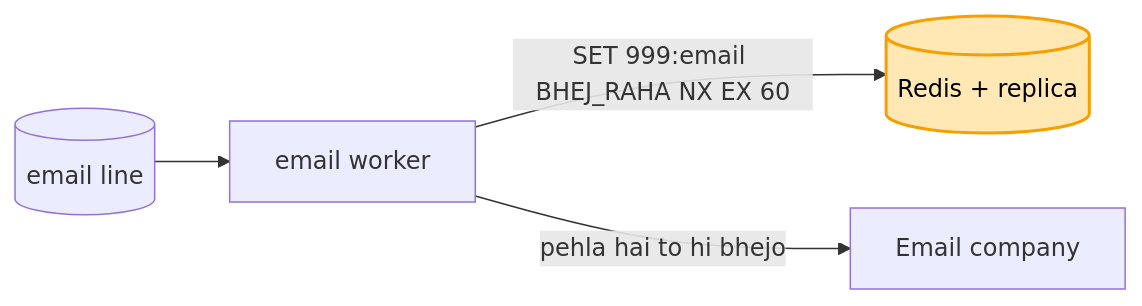
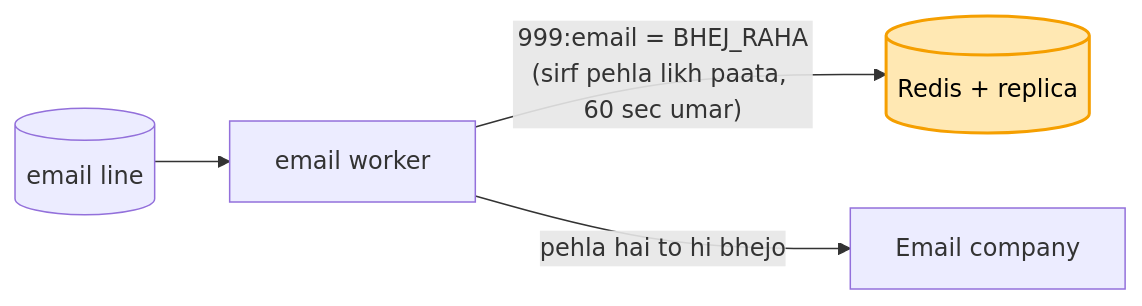
The fourth of 11 diagrams in 04_HLD/SYSTEM_DESIGNS/04_notification_system/04_notification_system.md (ArpanMaheshwari144/Prep), drawn with Mermaid before and after one commit. The commit also changed other lines of this file and 1 other file, not shown here.

Commit message:
notification: kadam me Redis command hata ke seedhi bhasha; command sirf Pooche to me (notification + cache)

````diff
--- a/04_HLD/SYSTEM_DESIGNS/04_notification_system/04_notification_system.md
+++ b/04_HLD/SYSTEM_DESIGNS/04_notification_system/04_notification_system.md
@@ -139,7 +140,7 @@
 ```mermaid
 flowchart LR
     LE[("email line")] --> WE["email worker"]
-    WE -- "SET 999:email BHEJ_RAHA NX EX 60" --> R[("Redis + replica")]
+    WE -- "999:email = BHEJ_RAHA<br/>(sirf pehla likh paata, 60 sec umar)" --> R[("Redis + replica")]
     WE -- "pehla hai to hi bhejo" --> C["Email company"]
     style R fill:#ffe8b3,stroke:#f59f00,stroke-width:2px,color:#000
 ```
````
